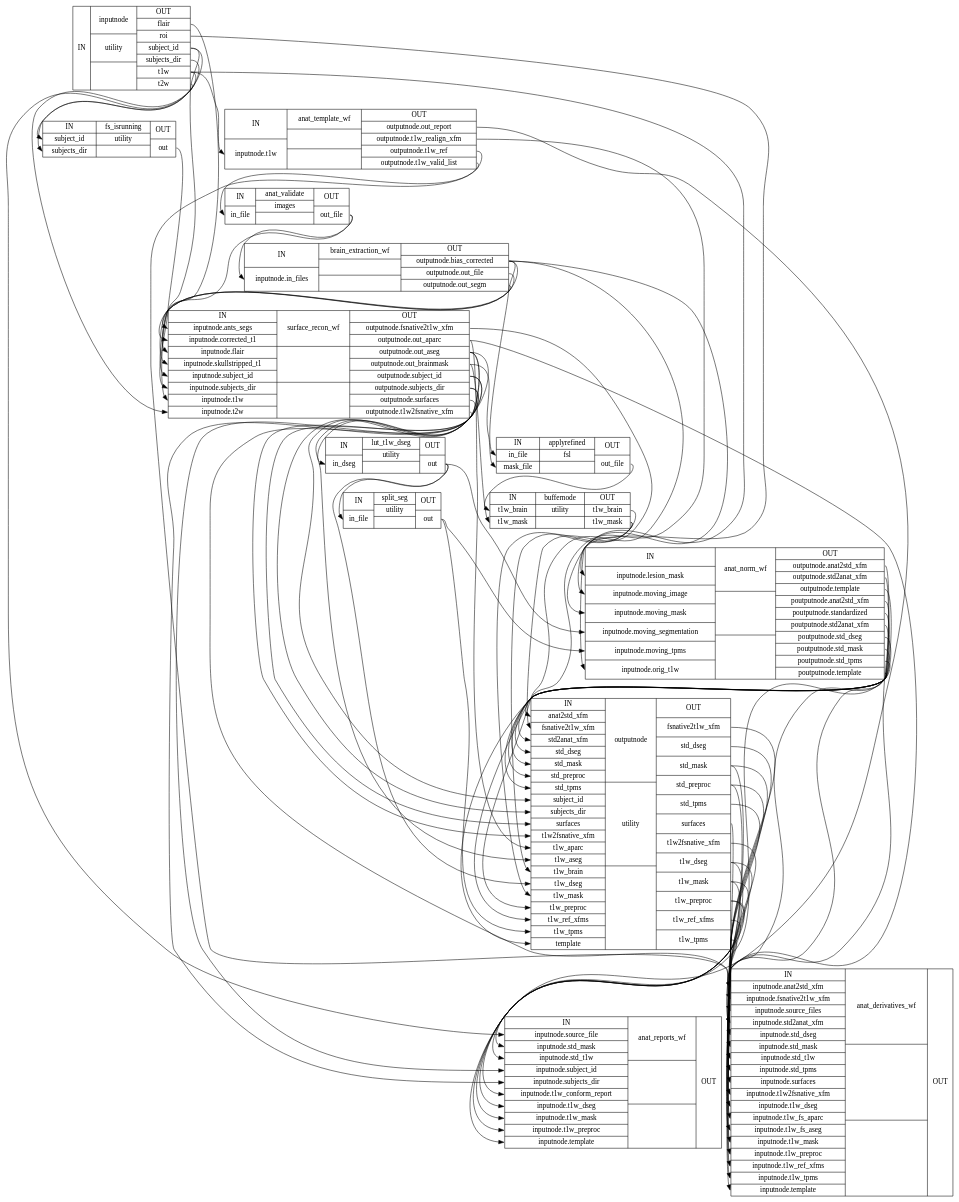
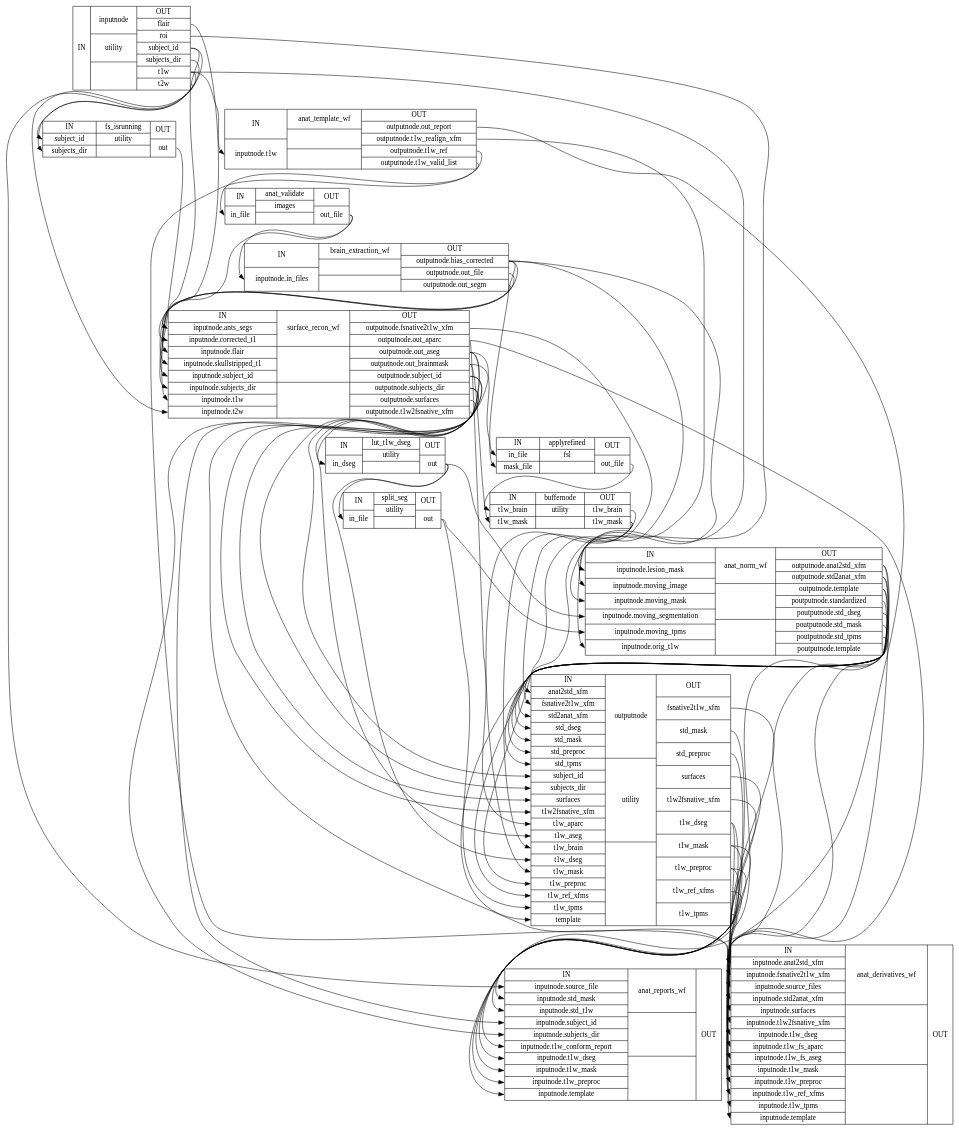
One commit to nuKs/smriprep changed the diagram in 0.4.0rc3/wf_directive/api/anat_preproc_wf/smriprep-workflows-anatomical-1_detailed.dot. Above: the diagram before and after it, drawn with Graphviz. The commit also changed 1294 other files, not shown here.

```diff
--- a/0.4.0rc3/wf_directive/api/anat_preproc_wf/smriprep-workflows-anatomical-1_detailed.dot
+++ b/0.4.0rc3/wf_directive/api/anat_preproc_wf/smriprep-workflows-anatomical-1_detailed.dot
@@ -10,20 +10,20 @@
 anat_preproc_wfsplit_seg [label="{IN|<ininfile> in_file}|{ split_seg | utility |  }|{OUT|<outout> out}"];
 anat_preproc_wfapplyrefined [label="{IN|<ininfile> in_file|<inmaskfile> mask_file}|{ applyrefined | fsl |  }|{OUT|<outoutfile> out_file}"];
 anat_preproc_wfbuffernode [label="{IN|<int1wbrain> t1w_brain|<int1wmask> t1w_mask}|{ buffernode | utility |  }|{OUT|<outt1wbrain> t1w_brain|<outt1wmask> t1w_mask}"];
-anat_preproc_wfanat_norm_wf [label="{IN|<ininputnodelesionmask> inputnode.lesion_mask|<ininputnodemovingimage> inputnode.moving_image|<ininputnodemovingmask> inputnode.moving_mask|<ininputnodemovingsegmentation> inputnode.moving_segmentation|<ininputnodemovingtpms> inputnode.moving_tpms|<ininputnodeorigt1w> inputnode.orig_t1w}|{ anat_norm_wf |  |  }|{OUT|<outoutputnodeanat2stdxfm> outputnode.anat2std_xfm|<outoutputnodestd2anatxfm> outputnode.std2anat_xfm|<outoutputnodetemplate> outputnode.template|<outpoutputnodeanat2stdxfm> poutputnode.anat2std_xfm|<outpoutputnodestandardized> poutputnode.standardized|<outpoutputnodestd2anatxfm> poutputnode.std2anat_xfm|<outpoutputnodestddseg> poutputnode.std_dseg|<outpoutputnodestdmask> poutputnode.std_mask|<outpoutputnodestdtpms> poutputnode.std_tpms|<outpoutputnodetemplate> poutputnode.template}"];
-anat_preproc_wfoutputnode [label="{IN|<inanat2stdxfm> anat2std_xfm|<infsnative2t1wxfm> fsnative2t1w_xfm|<instd2anatxfm> std2anat_xfm|<instddseg> std_dseg|<instdmask> std_mask|<instdpreproc> std_preproc|<instdtpms> std_tpms|<insubjectid> subject_id|<insubjectsdir> subjects_dir|<insurfaces> surfaces|<int1w2fsnativexfm> t1w2fsnative_xfm|<int1waparc> t1w_aparc|<int1waseg> t1w_aseg|<int1wbrain> t1w_brain|<int1wdseg> t1w_dseg|<int1wmask> t1w_mask|<int1wpreproc> t1w_preproc|<int1wrefxfms> t1w_ref_xfms|<int1wtpms> t1w_tpms|<intemplate> template}|{ outputnode | utility |  }|{OUT|<outfsnative2t1wxfm> fsnative2t1w_xfm|<outstddseg> std_dseg|<outstdmask> std_mask|<outstdpreproc> std_preproc|<outstdtpms> std_tpms|<outsurfaces> surfaces|<outt1w2fsnativexfm> t1w2fsnative_xfm|<outt1wdseg> t1w_dseg|<outt1wmask> t1w_mask|<outt1wpreproc> t1w_preproc|<outt1wrefxfms> t1w_ref_xfms|<outt1wtpms> t1w_tpms}"];
-anat_preproc_wfanat_derivatives_wf [label="{IN|<ininputnodeanat2stdxfm> inputnode.anat2std_xfm|<ininputnodefsnative2t1wxfm> inputnode.fsnative2t1w_xfm|<ininputnodesourcefiles> inputnode.source_files|<ininputnodestd2anatxfm> inputnode.std2anat_xfm|<ininputnodestddseg> inputnode.std_dseg|<ininputnodestdmask> inputnode.std_mask|<ininputnodestdt1w> inputnode.std_t1w|<ininputnodestdtpms> inputnode.std_tpms|<ininputnodesurfaces> inputnode.surfaces|<ininputnodet1w2fsnativexfm> inputnode.t1w2fsnative_xfm|<ininputnodet1wdseg> inputnode.t1w_dseg|<ininputnodet1wfsaparc> inputnode.t1w_fs_aparc|<ininputnodet1wfsaseg> inputnode.t1w_fs_aseg|<ininputnodet1wmask> inputnode.t1w_mask|<ininputnodet1wpreproc> inputnode.t1w_preproc|<ininputnodet1wrefxfms> inputnode.t1w_ref_xfms|<ininputnodet1wtpms> inputnode.t1w_tpms|<ininputnodetemplate> inputnode.template}|{ anat_derivatives_wf |  |  }|{OUT}"];
+anat_preproc_wfanat_norm_wf [label="{IN|<ininputnodelesionmask> inputnode.lesion_mask|<ininputnodemovingimage> inputnode.moving_image|<ininputnodemovingmask> inputnode.moving_mask|<ininputnodemovingsegmentation> inputnode.moving_segmentation|<ininputnodemovingtpms> inputnode.moving_tpms|<ininputnodeorigt1w> inputnode.orig_t1w}|{ anat_norm_wf |  |  }|{OUT|<outoutputnodeanat2stdxfm> outputnode.anat2std_xfm|<outoutputnodestd2anatxfm> outputnode.std2anat_xfm|<outoutputnodetemplate> outputnode.template|<outpoutputnodestandardized> poutputnode.standardized|<outpoutputnodestddseg> poutputnode.std_dseg|<outpoutputnodestdmask> poutputnode.std_mask|<outpoutputnodestdtpms> poutputnode.std_tpms|<outpoutputnodetemplate> poutputnode.template}"];
+anat_preproc_wfoutputnode [label="{IN|<inanat2stdxfm> anat2std_xfm|<infsnative2t1wxfm> fsnative2t1w_xfm|<instd2anatxfm> std2anat_xfm|<instddseg> std_dseg|<instdmask> std_mask|<instdpreproc> std_preproc|<instdtpms> std_tpms|<insubjectid> subject_id|<insubjectsdir> subjects_dir|<insurfaces> surfaces|<int1w2fsnativexfm> t1w2fsnative_xfm|<int1waparc> t1w_aparc|<int1waseg> t1w_aseg|<int1wbrain> t1w_brain|<int1wdseg> t1w_dseg|<int1wmask> t1w_mask|<int1wpreproc> t1w_preproc|<int1wrefxfms> t1w_ref_xfms|<int1wtpms> t1w_tpms|<intemplate> template}|{ outputnode | utility |  }|{OUT|<outfsnative2t1wxfm> fsnative2t1w_xfm|<outstdmask> std_mask|<outstdpreproc> std_preproc|<outsurfaces> surfaces|<outt1w2fsnativexfm> t1w2fsnative_xfm|<outt1wdseg> t1w_dseg|<outt1wmask> t1w_mask|<outt1wpreproc> t1w_preproc|<outt1wrefxfms> t1w_ref_xfms|<outt1wtpms> t1w_tpms}"];
+anat_preproc_wfanat_derivatives_wf [label="{IN|<ininputnodeanat2stdxfm> inputnode.anat2std_xfm|<ininputnodefsnative2t1wxfm> inputnode.fsnative2t1w_xfm|<ininputnodesourcefiles> inputnode.source_files|<ininputnodestd2anatxfm> inputnode.std2anat_xfm|<ininputnodesurfaces> inputnode.surfaces|<ininputnodet1w2fsnativexfm> inputnode.t1w2fsnative_xfm|<ininputnodet1wdseg> inputnode.t1w_dseg|<ininputnodet1wfsaparc> inputnode.t1w_fs_aparc|<ininputnodet1wfsaseg> inputnode.t1w_fs_aseg|<ininputnodet1wmask> inputnode.t1w_mask|<ininputnodet1wpreproc> inputnode.t1w_preproc|<ininputnodet1wrefxfms> inputnode.t1w_ref_xfms|<ininputnodet1wtpms> inputnode.t1w_tpms|<ininputnodetemplate> inputnode.template}|{ anat_derivatives_wf |  |  }|{OUT}"];
 anat_preproc_wfanat_reports_wf [label="{IN|<ininputnodesourcefile> inputnode.source_file|<ininputnodestdmask> inputnode.std_mask|<ininputnodestdt1w> inputnode.std_t1w|<ininputnodesubjectid> inputnode.subject_id|<ininputnodesubjectsdir> inputnode.subjects_dir|<ininputnodet1wconformreport> inputnode.t1w_conform_report|<ininputnodet1wdseg> inputnode.t1w_dseg|<ininputnodet1wmask> inputnode.t1w_mask|<ininputnodet1wpreproc> inputnode.t1w_preproc|<ininputnodetemplate> inputnode.template}|{ anat_reports_wf |  |  }|{OUT}"];
+anat_preproc_wfanat_norm_wf:outoutputnodeanat2stdxfm:e -> anat_preproc_wfanat_derivatives_wf:ininputnodeanat2stdxfm:w;
 anat_preproc_wfanat_norm_wf:outoutputnodeanat2stdxfm:e -> anat_preproc_wfoutputnode:inanat2stdxfm:w;
+anat_preproc_wfanat_norm_wf:outoutputnodestd2anatxfm:e -> anat_preproc_wfanat_derivatives_wf:ininputnodestd2anatxfm:w;
 anat_preproc_wfanat_norm_wf:outoutputnodestd2anatxfm:e -> anat_preproc_wfoutputnode:instd2anatxfm:w;
+anat_preproc_wfanat_norm_wf:outoutputnodetemplate:e -> anat_preproc_wfanat_derivatives_wf:ininputnodetemplate:w;
 anat_preproc_wfanat_norm_wf:outoutputnodetemplate:e -> anat_preproc_wfoutputnode:intemplate:w;
-anat_preproc_wfanat_norm_wf:outpoutputnodeanat2stdxfm:e -> anat_preproc_wfanat_derivatives_wf:ininputnodeanat2stdxfm:w;
 anat_preproc_wfanat_norm_wf:outpoutputnodestandardized:e -> anat_preproc_wfoutputnode:instdpreproc:w;
-anat_preproc_wfanat_norm_wf:outpoutputnodestd2anatxfm:e -> anat_preproc_wfanat_derivatives_wf:ininputnodestd2anatxfm:w;
 anat_preproc_wfanat_norm_wf:outpoutputnodestddseg:e -> anat_preproc_wfoutputnode:instddseg:w;
 anat_preproc_wfanat_norm_wf:outpoutputnodestdmask:e -> anat_preproc_wfoutputnode:instdmask:w;
 anat_preproc_wfanat_norm_wf:outpoutputnodestdtpms:e -> anat_preproc_wfoutputnode:instdtpms:w;
-anat_preproc_wfanat_norm_wf:outpoutputnodetemplate:e -> anat_preproc_wfanat_derivatives_wf:ininputnodetemplate:w;
 anat_preproc_wfanat_norm_wf:outpoutputnodetemplate:e -> anat_preproc_wfanat_reports_wf:ininputnodetemplate:w;
 anat_preproc_wfanat_template_wf:outoutputnodeoutreport:e -> anat_preproc_wfanat_reports_wf:ininputnodet1wconformreport:w;
 anat_preproc_wfanat_template_wf:outoutputnodet1wrealignxfm:e -> anat_preproc_wfoutputnode:int1wrefxfms:w;
@@ -55,12 +55,8 @@
 anat_preproc_wflut_t1w_dseg:outout:e -> anat_preproc_wfoutputnode:int1wdseg:w;
 anat_preproc_wflut_t1w_dseg:outout:e -> anat_preproc_wfsplit_seg:ininfile:w;
 anat_preproc_wfoutputnode:outfsnative2t1wxfm:e -> anat_preproc_wfanat_derivatives_wf:ininputnodefsnative2t1wxfm:w;
-anat_preproc_wfoutputnode:outstddseg:e -> anat_preproc_wfanat_derivatives_wf:ininputnodestddseg:w;
-anat_preproc_wfoutputnode:outstdmask:e -> anat_preproc_wfanat_derivatives_wf:ininputnodestdmask:w;
 anat_preproc_wfoutputnode:outstdmask:e -> anat_preproc_wfanat_reports_wf:ininputnodestdmask:w;
-anat_preproc_wfoutputnode:outstdpreproc:e -> anat_preproc_wfanat_derivatives_wf:ininputnodestdt1w:w;
 anat_preproc_wfoutputnode:outstdpreproc:e -> anat_preproc_wfanat_reports_wf:ininputnodestdt1w:w;
-anat_preproc_wfoutputnode:outstdtpms:e -> anat_preproc_wfanat_derivatives_wf:ininputnodestdtpms:w;
 anat_preproc_wfoutputnode:outsurfaces:e -> anat_preproc_wfanat_derivatives_wf:ininputnodesurfaces:w;
 anat_preproc_wfoutputnode:outt1w2fsnativexfm:e -> anat_preproc_wfanat_derivatives_wf:ininputnodet1w2fsnativexfm:w;
 anat_preproc_wfoutputnode:outt1wdseg:e -> anat_preproc_wfanat_derivatives_wf:ininputnodet1wdseg:w;
```
